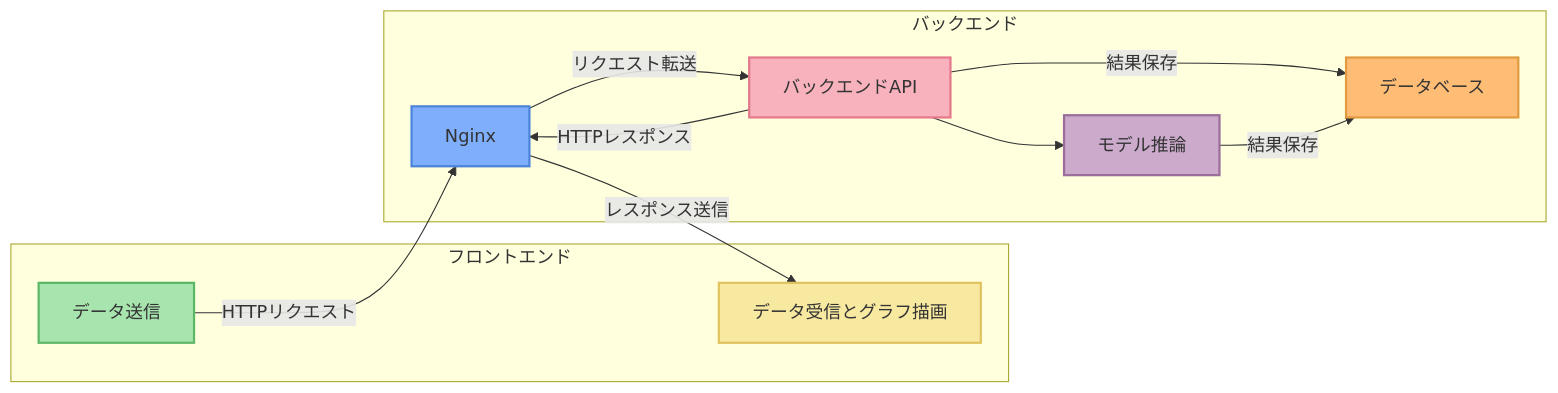
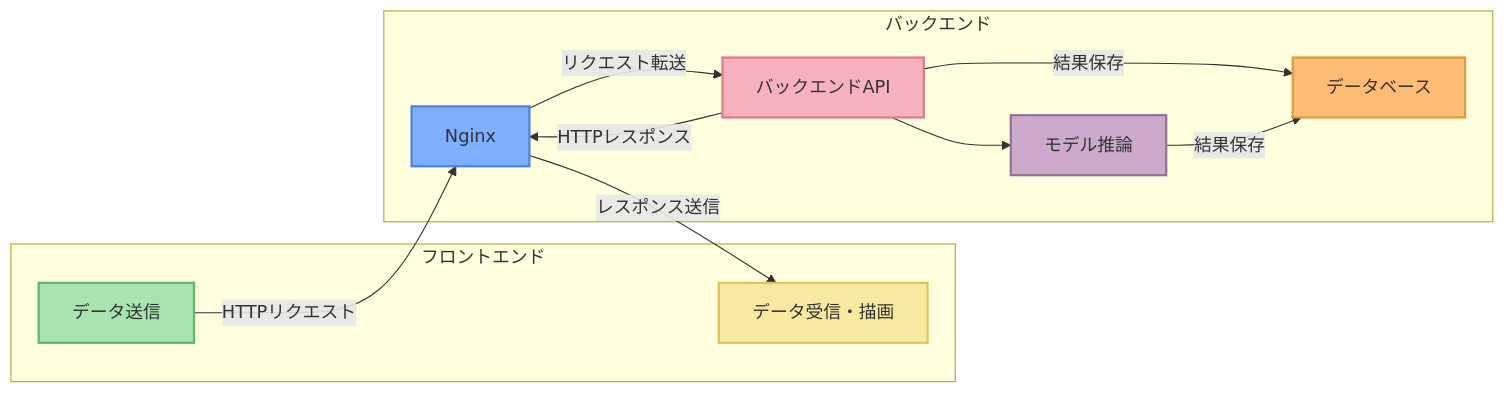
Before and after one commit to DocsaidLab/website: the first of 6 diagrams in i18n/ja/docusaurus-plugin-content-blog/2025/03-16-builds-dashboard-system/index.md, drawn with Mermaid. The commit also changed other lines of this file and 2 other files, not shown here.

````diff
--- a/i18n/ja/docusaurus-plugin-content-blog/2025/03-16-builds-dashboard-system/index.md
+++ b/i18n/ja/docusaurus-plugin-content-blog/2025/03-16-builds-dashboard-system/index.md
@@ -64,29 +86,29 @@
 ```mermaid
 graph LR
     subgraph フロントエンド
         Input[データ送信]
-        Render[データ受信とグラフ描画]
+        Render[データ受信・描画]
     end
 
     subgraph バックエンド
         Nginx[Nginx]
         FastAPI[バックエンドAPI]
         SQL[データベース]
         Model[モデル推論]
     end
 
     Input -->|HTTPリクエスト| Nginx
     Nginx -->|リクエスト転送| FastAPI
     FastAPI --> |結果保存| SQL
     FastAPI --> Model
     Model -->|結果保存| SQL
     FastAPI -->|HTTPレスポンス| Nginx
     Nginx -->|レスポンス送信| Render
 
     style Input fill:#a7e4ae,stroke:#5cb867,stroke-width:2px
     style Render fill:#f8e9a1,stroke:#e0c35f,stroke-width:2px
     style Nginx fill:#7eaefc,stroke:#4c84d9,stroke-width:2px
     style FastAPI fill:#f7b2bd,stroke:#e3798b,stroke-width:2px
     style SQL fill:#ffbc75,stroke:#e09a3f,stroke-width:2px
     style Model fill:#cbaacb,stroke:#9a6d9a,stroke-width:2px
 ```
````
